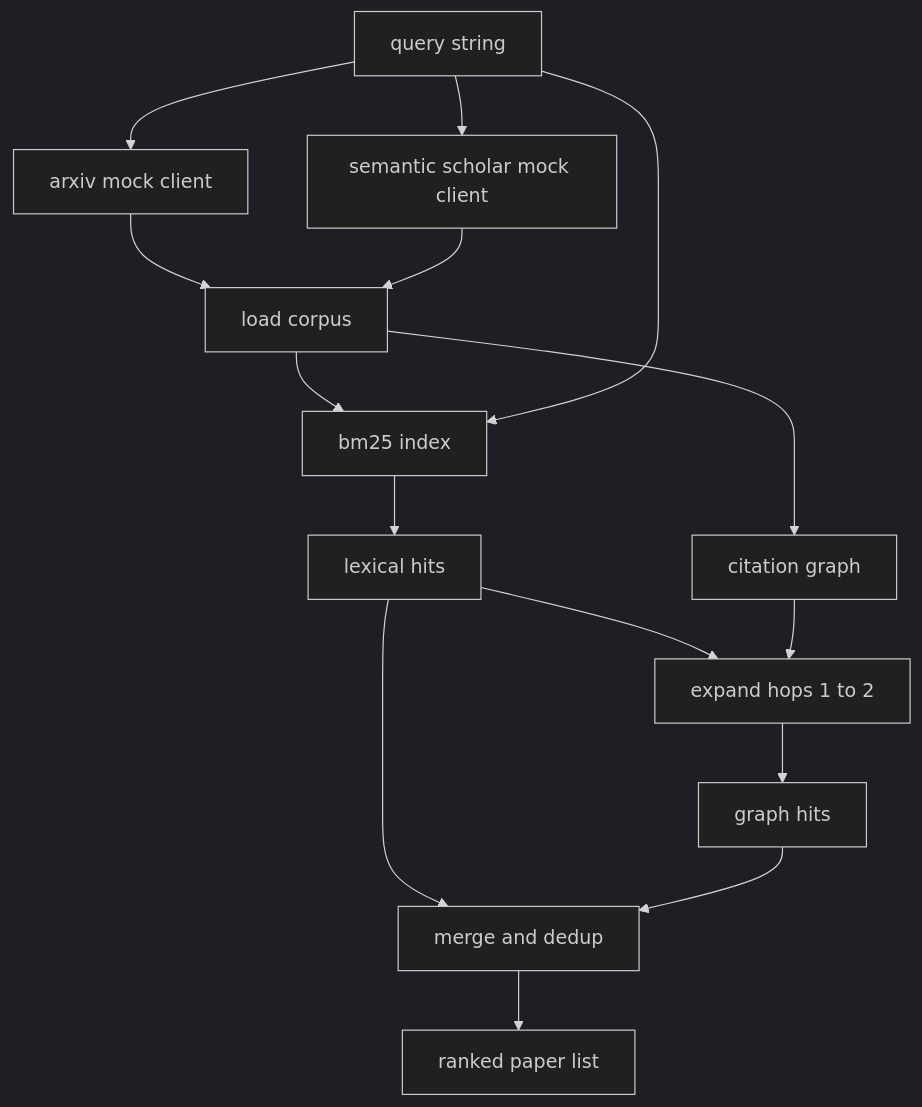
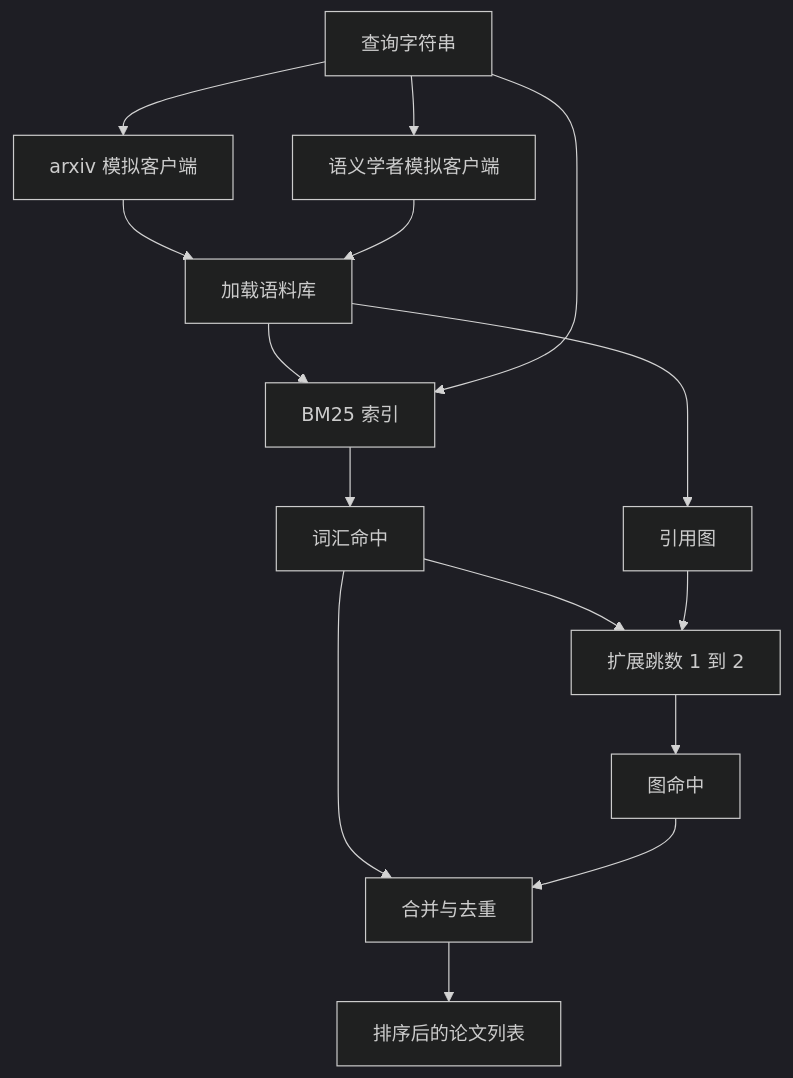
One commit to guangningsun/ailearning changed the diagram in lessons/19-capstone-projects/51-literature-retrieval/docs/zh.md. Above: the diagram before and after it, drawn with Mermaid (dark theme). The commit also changed other lines of this file and 85 other files, not shown here.

````diff
--- a/lessons/19-capstone-projects/51-literature-retrieval/docs/zh.md
+++ b/lessons/19-capstone-projects/51-literature-retrieval/docs/zh.md
@@ -41,17 +42,17 @@
 ```mermaid
 flowchart TD
-    Q[query string] --> A[arxiv mock client]
-    Q --> S[semantic scholar mock client]
-    A --> L[load corpus]
+    Q[查询字符串] --> A[arxiv 模拟客户端]
+    Q --> S[语义学者模拟客户端]
+    A --> L[加载语料库]
     S --> L
-    L --> B[bm25 index]
-    L --> G[citation graph]
+    L --> B[BM25 索引]
+    L --> G[引用图]
     Q --> B
-    B --> R1[lexical hits]
-    R1 --> H[expand hops 1 to 2]
+    B --> R1[词汇命中]
+    R1 --> H[扩展跳数 1 到 2]
     G --> H
-    H --> R2[graph hits]
-    R1 --> M[merge and dedup]
+    H --> R2[图命中]
+    R1 --> M[合并与去重]
     R2 --> M
-    M --> O[ranked paper list]
+    M --> O[排序后的论文列表]
 ```
````
